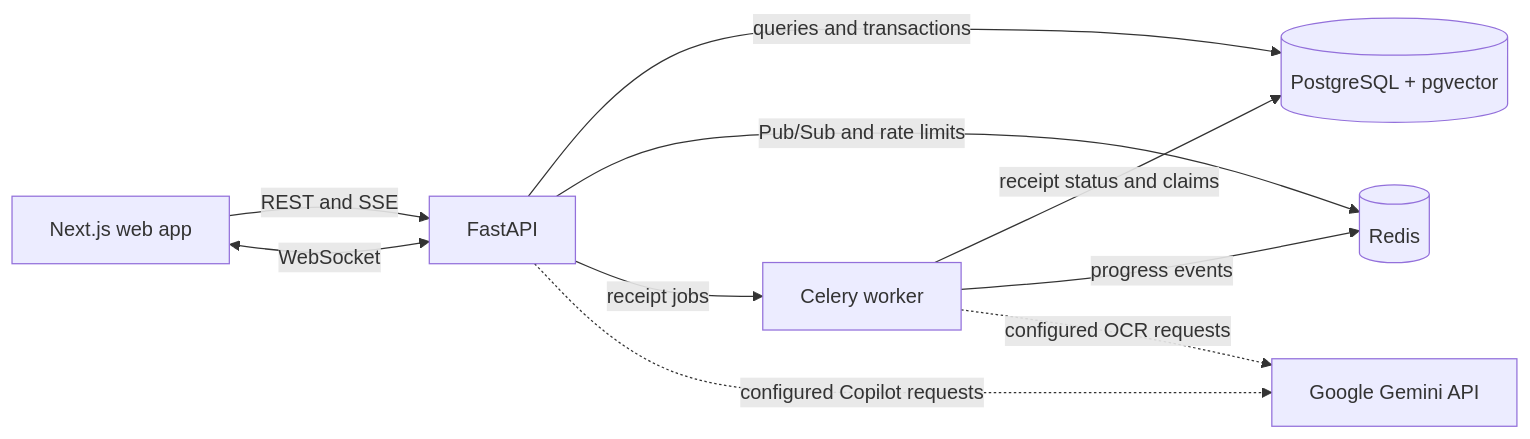
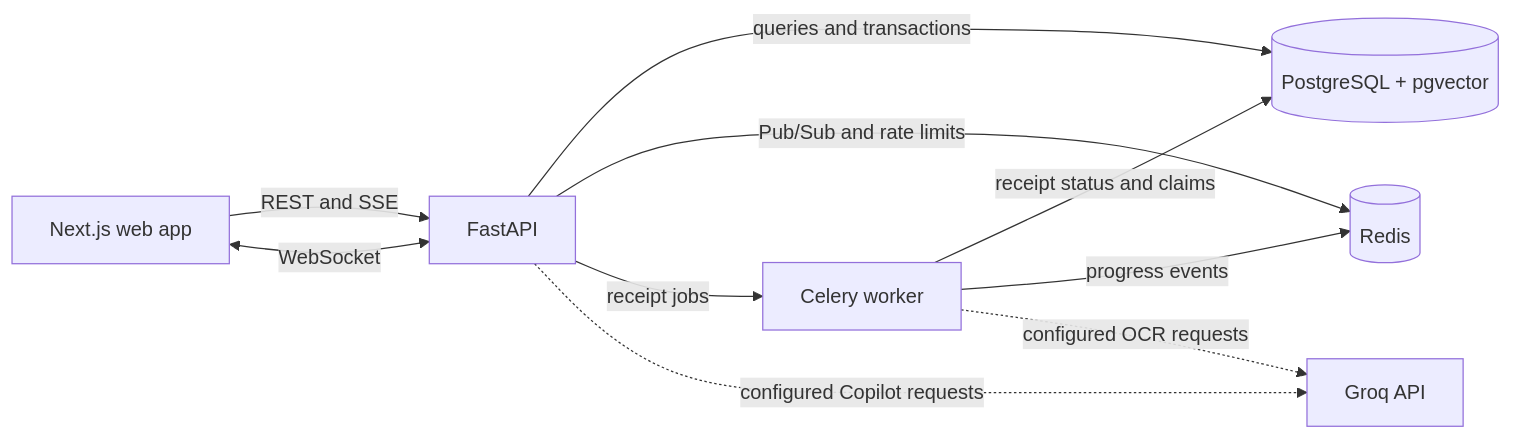
The diagram in README.md (JanavGandhi/SplitSmart-AI), drawn with Mermaid before and after one commit. The commit also changed other lines of this file and 17 other files, not shown here.

Commit message:
Switch AI integrations from Gemini to Groq

````diff
--- a/README.md
+++ b/README.md
@@ -62,12 +62,12 @@
 ```mermaid
 flowchart LR
     Browser[Next.js web app] -->|REST and SSE| API[FastAPI]
     Browser <-->|WebSocket| API
     API -->|queries and transactions| Postgres[(PostgreSQL + pgvector)]
     API -->|Pub/Sub and rate limits| Redis[(Redis)]
     API -->|receipt jobs| Worker[Celery worker]
     Worker -->|receipt status and claims| Postgres
     Worker -->|progress events| Redis
-    API -. configured Copilot requests .-> Gemini[Google Gemini API]
-    Worker -. configured OCR requests .-> Gemini
+    API -. configured Copilot requests .-> Groq[Groq API]
+    Worker -. configured OCR requests .-> Groq
 ```
````
